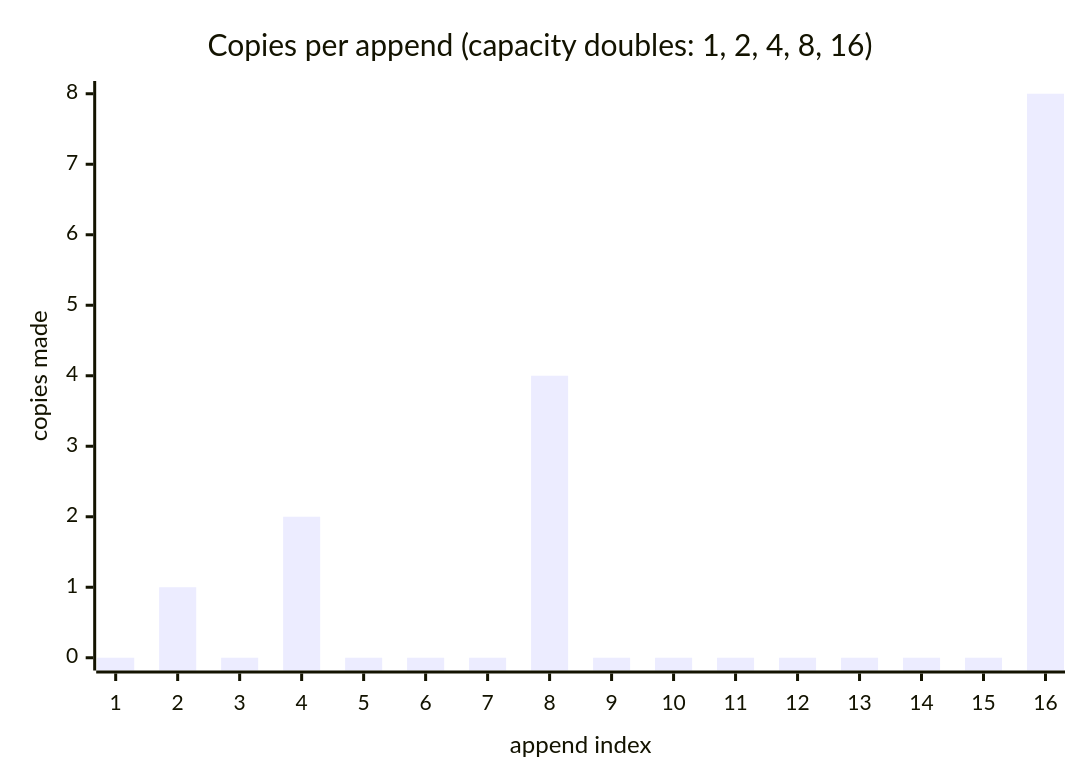
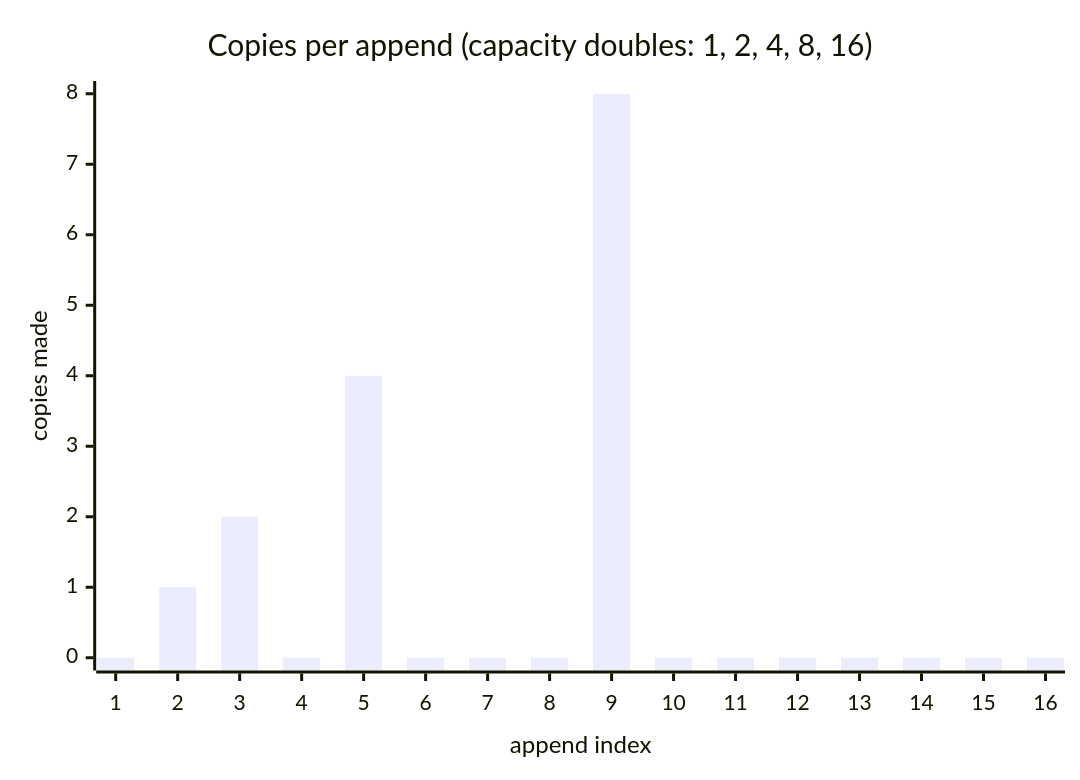
The fourth of 6 diagrams in src/main/java/com/rutik/systemdesign/cs_fundamentals/complexity_analysis_and_big_o/complexity_analysis_and_big_o.md (rppol/system-design), drawn with Mermaid before and after one commit. The commit also changed other lines of this file and 13 other files, not shown here.

````diff
--- a/src/main/java/com/rutik/systemdesign/cs_fundamentals/complexity_analysis_and_big_o/complexity_analysis_and_big_o.md
+++ b/src/main/java/com/rutik/systemdesign/cs_fundamentals/complexity_analysis_and_big_o/complexity_analysis_and_big_o.md
@@ -433,7 +433,7 @@
 ```mermaid
 xychart-beta
     title "Copies per append (capacity doubles: 1, 2, 4, 8, 16)"
     x-axis "append index" [1, 2, 3, 4, 5, 6, 7, 8, 9, 10, 11, 12, 13, 14, 15, 16]
     y-axis "copies made" 0 --> 8
-    bar [0, 1, 0, 2, 0, 0, 0, 4, 0, 0, 0, 0, 0, 0, 0, 8]
+    bar [0, 1, 2, 0, 4, 0, 0, 0, 8, 0, 0, 0, 0, 0, 0, 0]
 ```
````
